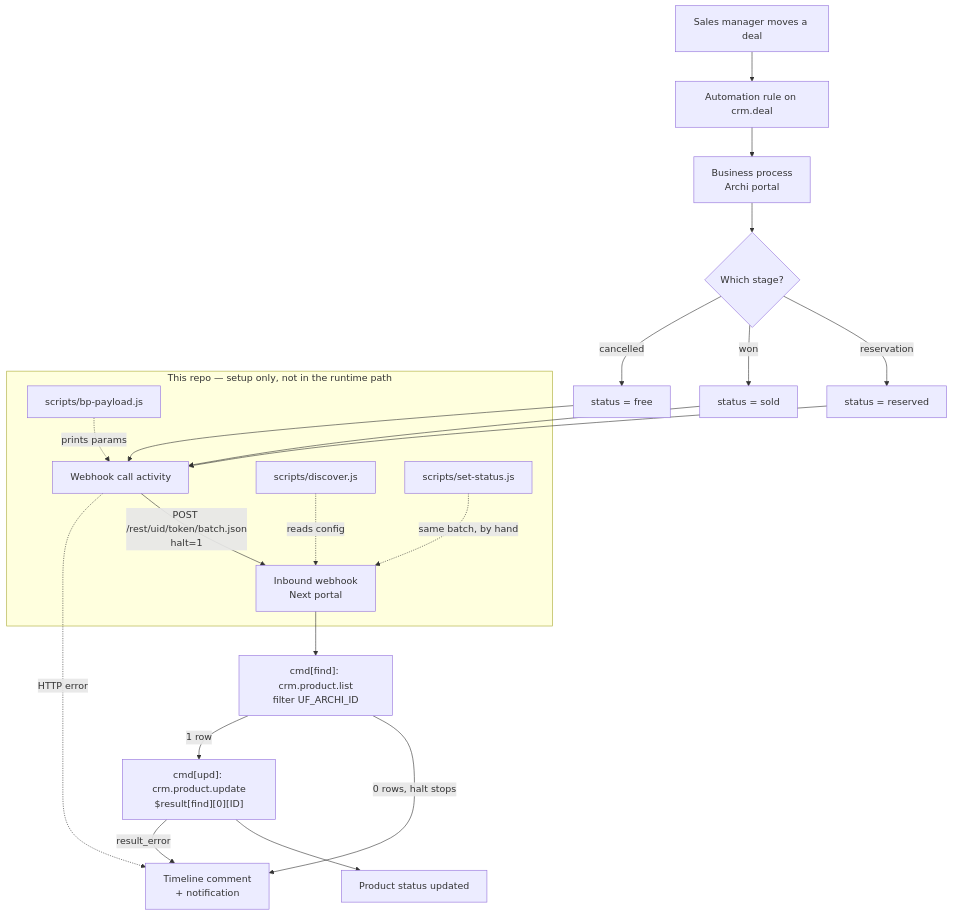
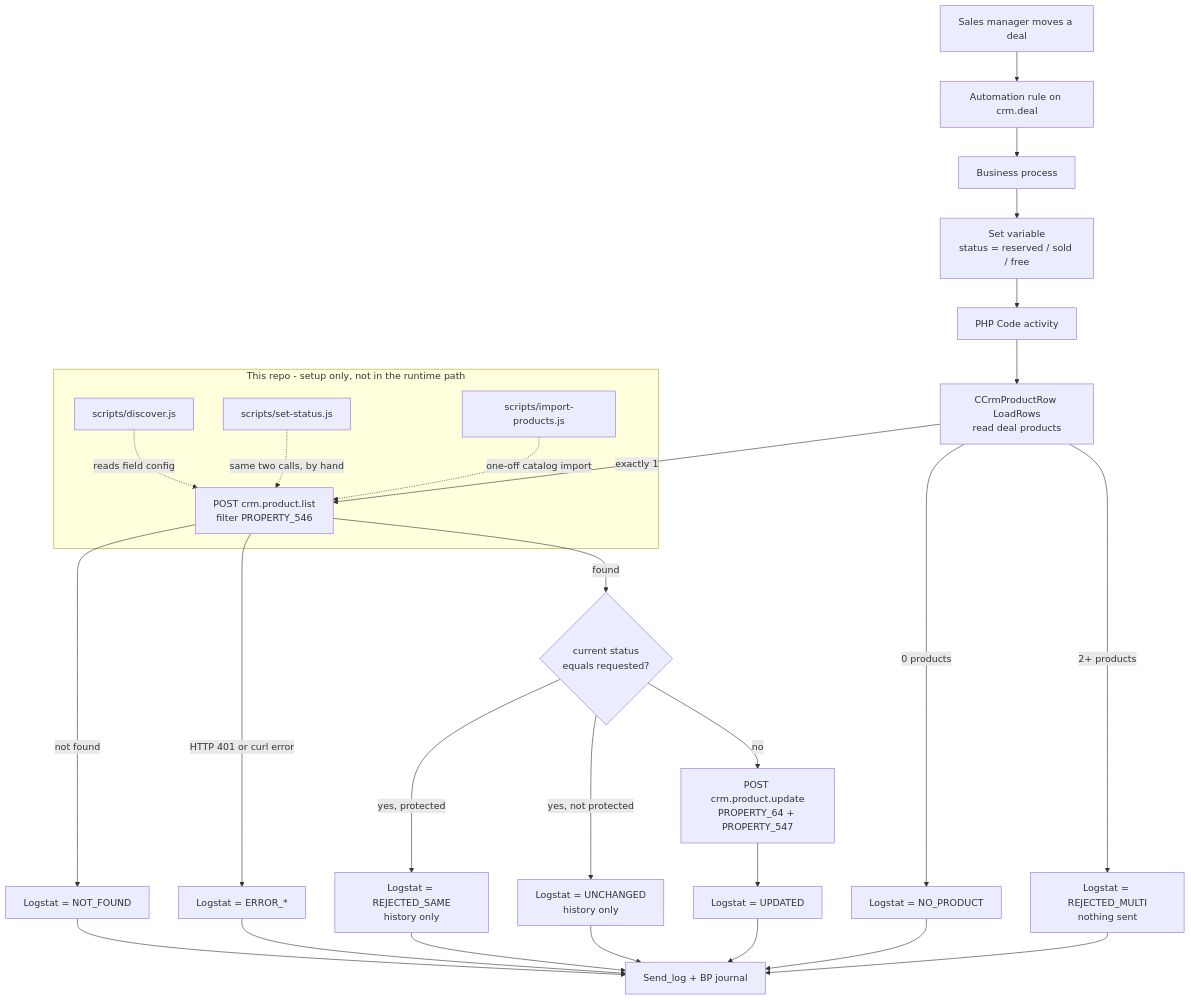
The diagram in docs/ARCHITECTURE.md (refreshg/archi_next_integra), drawn with Mermaid before and after one commit. The commit also changed other lines of this file and 9 other files, not shown here.

````diff
--- a/docs/ARCHITECTURE.md
+++ b/docs/ARCHITECTURE.md
@@ -27,25 +33,31 @@
 ```mermaid
 flowchart TD
     A[Sales manager moves a deal] --> B[Automation rule on crm.deal]
-    B --> C[Business process<br/>Archi portal]
-    C --> D{Which stage?}
-    D -->|reservation| E1[status = reserved]
-    D -->|won| E2[status = sold]
-    D -->|cancelled| E3[status = free]
-    E1 --> F[Webhook call activity]
-    E2 --> F
-    E3 --> F
-    F -->|POST /rest/uid/token/batch.json<br/>halt=1| G[Inbound webhook<br/>Next portal]
-    G --> H["cmd[find]: crm.product.list<br/>filter UF_ARCHI_ID"]
-    H -->|0 rows, halt stops| K[Timeline comment<br/>+ notification]
-    H -->|1 row| I["cmd[upd]: crm.product.update<br/>$result[find][0][ID]"]
-    I --> J[Product status updated]
-    I -->|result_error| K
-    F -.HTTP error.-> K
+    B --> C[Business process]
+    C --> V[Set variable<br/>status = reserved / sold / free]
+    V --> P[PHP Code activity]
+    P --> R1[CCrmProductRow LoadRows<br/>read deal products]
+    R1 -->|0 products| K[Logstat = NO_PRODUCT]
+    R1 -->|2+ products| K2[Logstat = REJECTED_MULTI<br/>nothing sent]
+    R1 -->|exactly 1| F1[POST crm.product.list<br/>filter PROPERTY_546]
+    F1 -->|not found| K3[Logstat = NOT_FOUND]
+    F1 -->|HTTP 401 or curl error| K4[Logstat = ERROR_*]
+    F1 -->|found| D{current status<br/>equals requested?}
+    D -->|yes, protected| S1[Logstat = REJECTED_SAME<br/>history only]
+    D -->|yes, not protected| S2[Logstat = UNCHANGED<br/>history only]
+    D -->|no| U[POST crm.product.update<br/>PROPERTY_64 + PROPERTY_547]
+    U --> S3[Logstat = UPDATED]
+    S1 --> W[Send_log + BP journal]
+    S2 --> W
+    S3 --> W
+    K --> W
+    K2 --> W
+    K3 --> W
+    K4 --> W
 
-    subgraph Repo["This repo — setup only, not in the runtime path"]
-        L[scripts/discover.js] -.reads config.-> G
-        M[scripts/bp-payload.js] -.prints params.-> F
-        N[scripts/set-status.js] -.same batch, by hand.-> G
+    subgraph Repo[This repo - setup only, not in the runtime path]
+        L[scripts/discover.js] -.reads field config.-> F1
+        N[scripts/set-status.js] -.same two calls, by hand.-> F1
+        M[scripts/import-products.js] -.one-off catalog import.-> F1
     end
 ```
````
